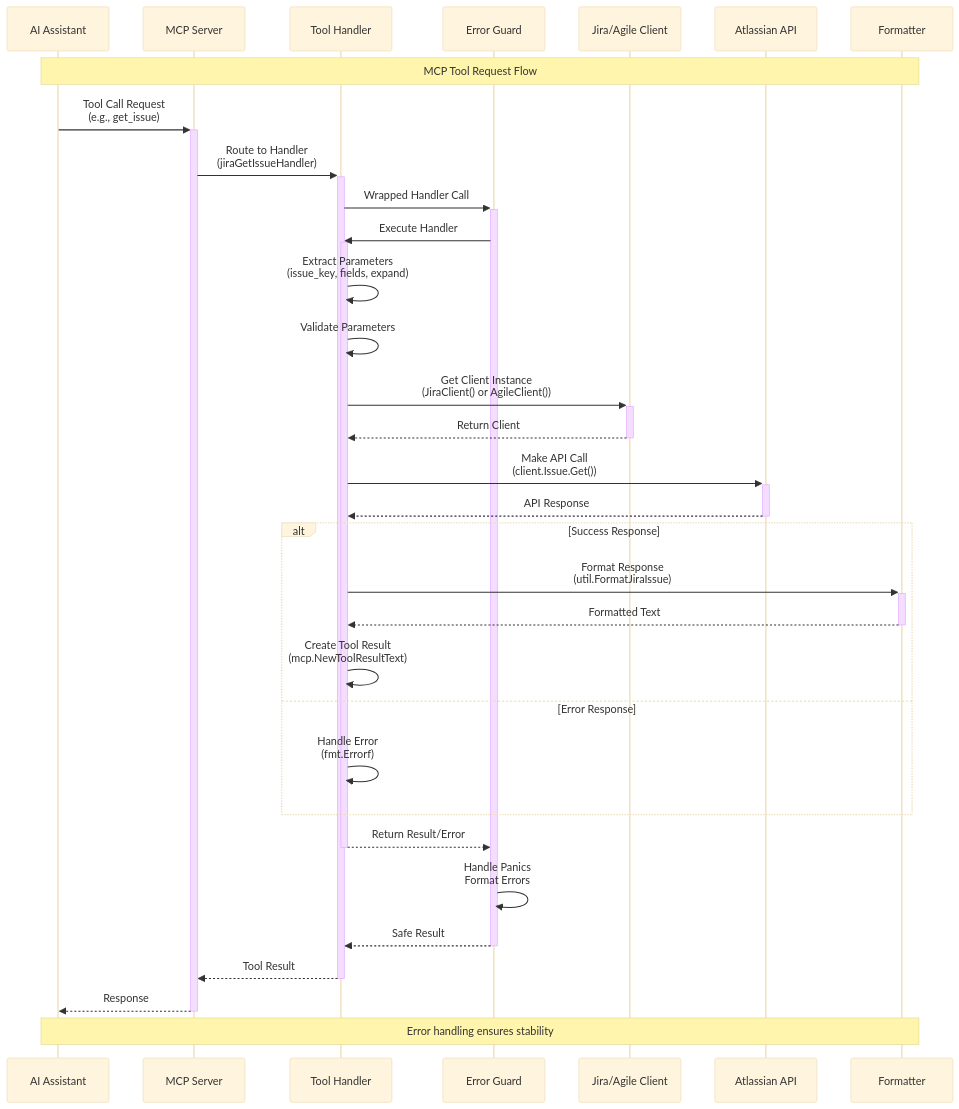
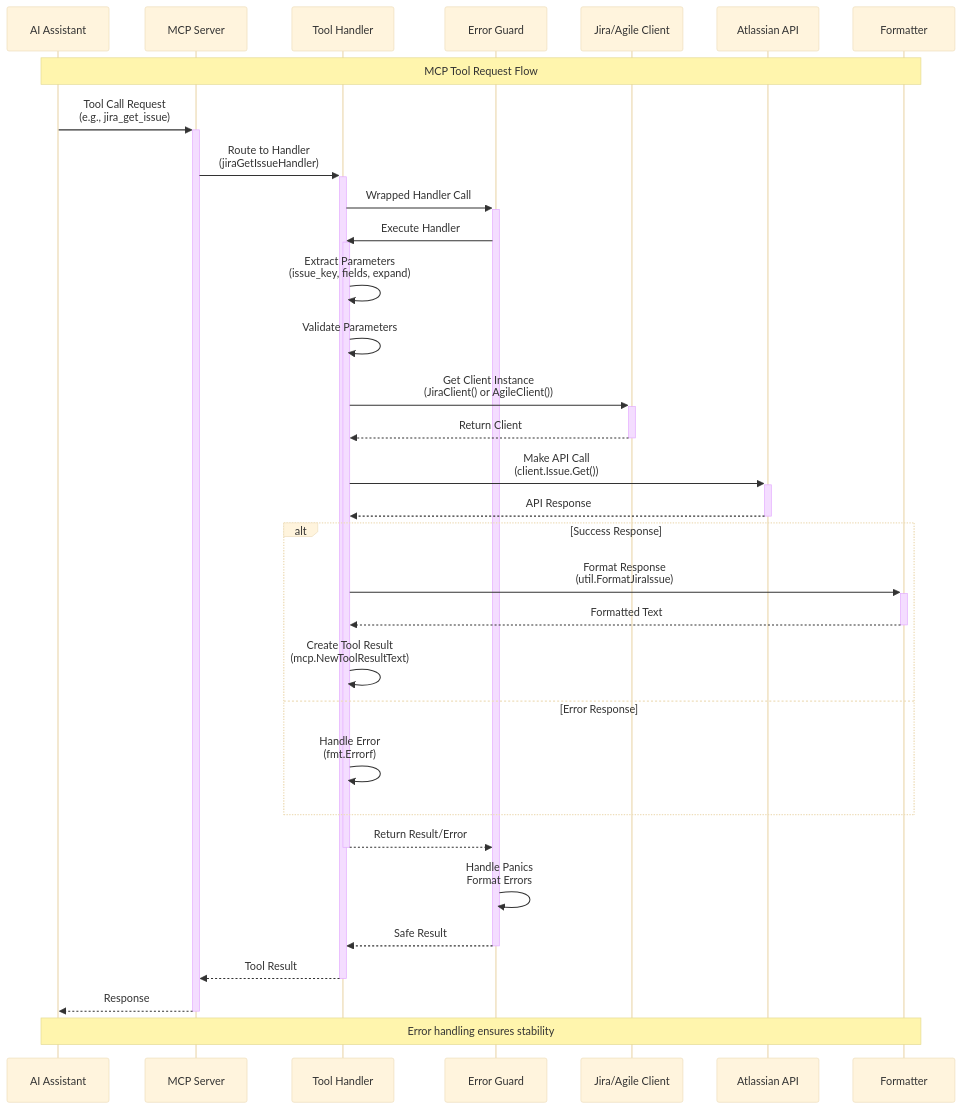
One commit to nguyenvanduocit/jira-mcp changed the diagram in docs/02-request-flow.md. Above: the diagram before and after it, drawn with Mermaid (base theme). The commit also changed 17 other files, not shown here.

First line of the commit message:
feat: add jira_ prefix to all tool names for better LLM discoverability

````diff
--- a/docs/02-request-flow.md
+++ b/docs/02-request-flow.md
@@ -5,42 +5,42 @@
 ```mermaid
 sequenceDiagram
     participant AI as AI Assistant
     participant MCP as MCP Server
     participant Tool as Tool Handler
     participant Guard as Error Guard
     participant Service as Jira/Agile Client
     participant API as Atlassian API
     participant Format as Formatter
     
     Note over AI,Format: MCP Tool Request Flow
     
-    AI->>+MCP: Tool Call Request<br/>(e.g., get_issue)
+    AI->>+MCP: Tool Call Request<br/>(e.g., jira_get_issue)
     MCP->>+Tool: Route to Handler<br/>(jiraGetIssueHandler)
     Tool->>+Guard: Wrapped Handler Call
     Guard->>+Tool: Execute Handler
     
     Tool->>Tool: Extract Parameters<br/>(issue_key, fields, expand)
     Tool->>Tool: Validate Parameters
     
     Tool->>+Service: Get Client Instance<br/>(JiraClient() or AgileClient())
     Service-->>-Tool: Return Client
     
     Tool->>+API: Make API Call<br/>(client.Issue.Get())
     API-->>-Tool: API Response
     
     alt Success Response
         Tool->>+Format: Format Response<br/>(util.FormatJiraIssue)
         Format-->>-Tool: Formatted Text
         Tool->>Tool: Create Tool Result<br/>(mcp.NewToolResultText)
     else Error Response
         Tool->>Tool: Handle Error<br/>(fmt.Errorf)
     end
     
     Tool-->>-Guard: Return Result/Error
     Guard->>Guard: Handle Panics<br/>Format Errors
     Guard-->>-Tool: Safe Result
     Tool-->>-MCP: Tool Result
     MCP-->>-AI: Response
     
     Note over AI,Format: Error handling ensures stability
 ```
````
